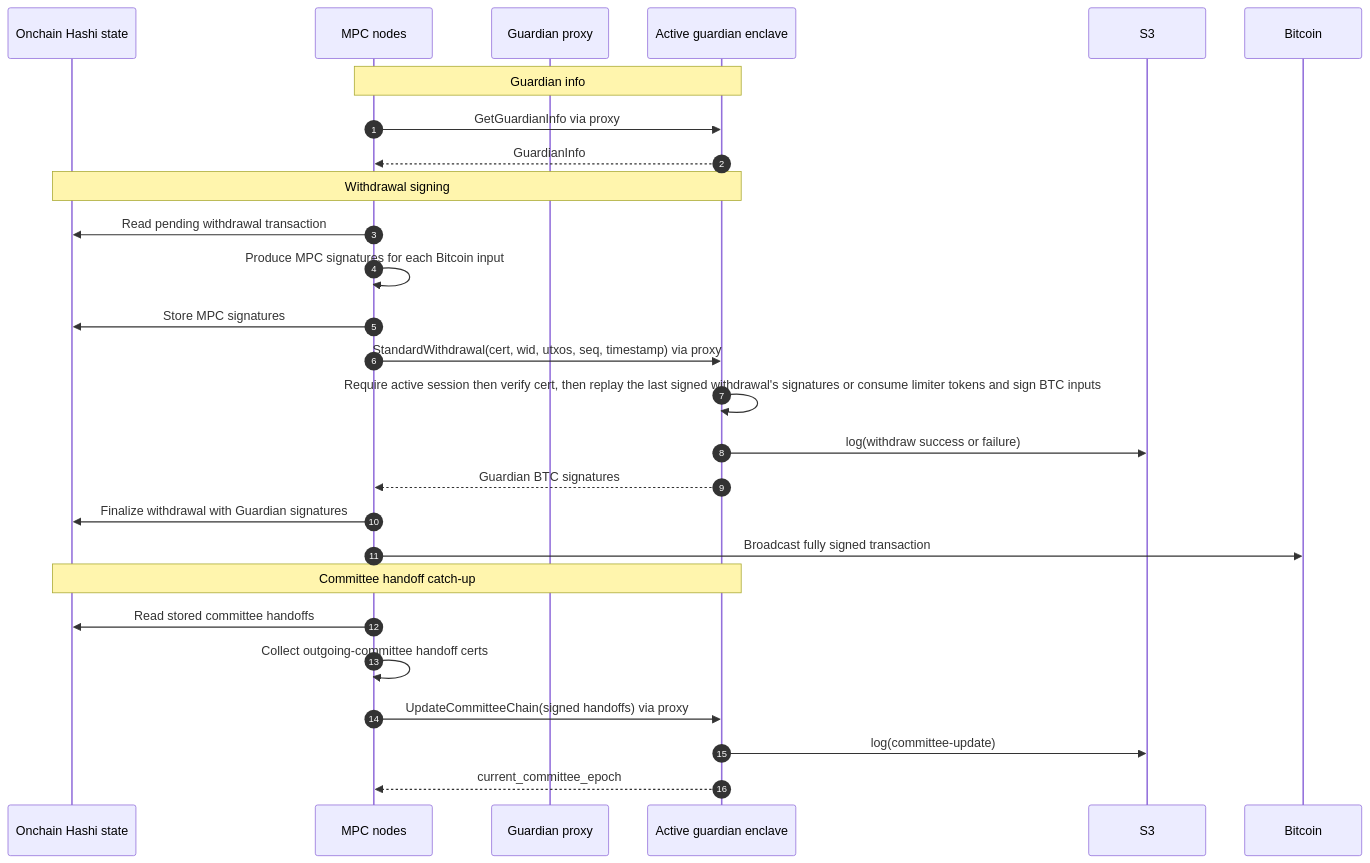
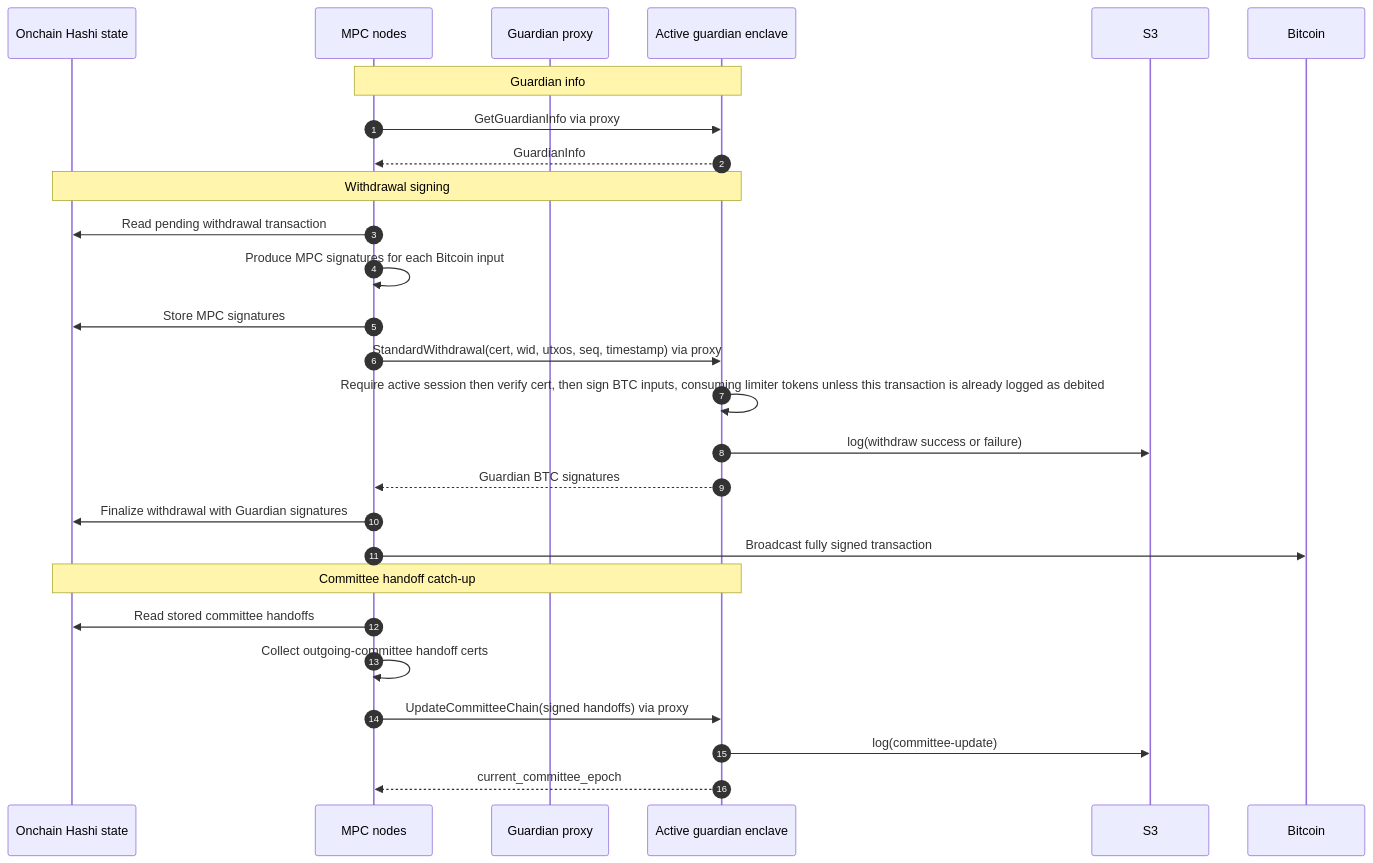
Before and after one commit to MystenLabs/hashi: the fourth of 4 diagrams in design/docs/guardian.mdx, drawn with Mermaid. The commit also changed 6 other files, not shown here.

First line of the commit message:
[Guardian] Re-sign any already-debited transaction, not just the last

````diff
--- a/design/docs/guardian.mdx
+++ b/design/docs/guardian.mdx
@@ -211,33 +211,33 @@
 ```mermaid
 sequenceDiagram
     autonumber
 
     participant Onchain as Onchain Hashi state
     participant MPC as MPC nodes
     participant Proxy as Guardian proxy
     participant Guardian as Active guardian enclave
     participant S3
     participant Bitcoin
 
     Note over MPC,Guardian: Guardian info
     MPC->>Guardian: GetGuardianInfo via proxy
     Guardian-->>MPC: GuardianInfo
 
     Note over Onchain,Guardian: Withdrawal signing
     MPC->>Onchain: Read pending withdrawal transaction
     MPC->>MPC: Produce MPC signatures for each Bitcoin input
     MPC->>Onchain: Store MPC signatures
     MPC->>Guardian: StandardWithdrawal(cert, wid, utxos, seq, timestamp) via proxy
-    Guardian->>Guardian: Require active session then verify cert, then replay the last signed withdrawal's signatures or consume limiter tokens and sign BTC inputs
+    Guardian->>Guardian: Require active session then verify cert, then sign BTC inputs, consuming limiter tokens unless this transaction is already logged as debited
     Guardian->>S3: log(withdraw success or failure)
     Guardian-->>MPC: Guardian BTC signatures
     MPC->>Onchain: Finalize withdrawal with Guardian signatures
     MPC->>Bitcoin: Broadcast fully signed transaction
 
     Note over Onchain,Guardian: Committee handoff catch-up
     MPC->>Onchain: Read stored committee handoffs
     MPC->>MPC: Collect outgoing-committee handoff certs
     MPC->>Guardian: UpdateCommitteeChain(signed handoffs) via proxy
     Guardian->>S3: log(committee-update)
     Guardian-->>MPC: current_committee_epoch
 ```
````
